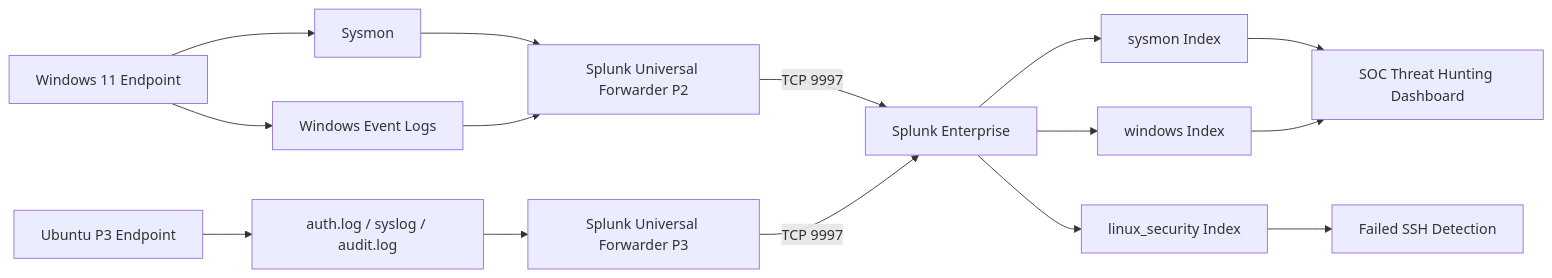
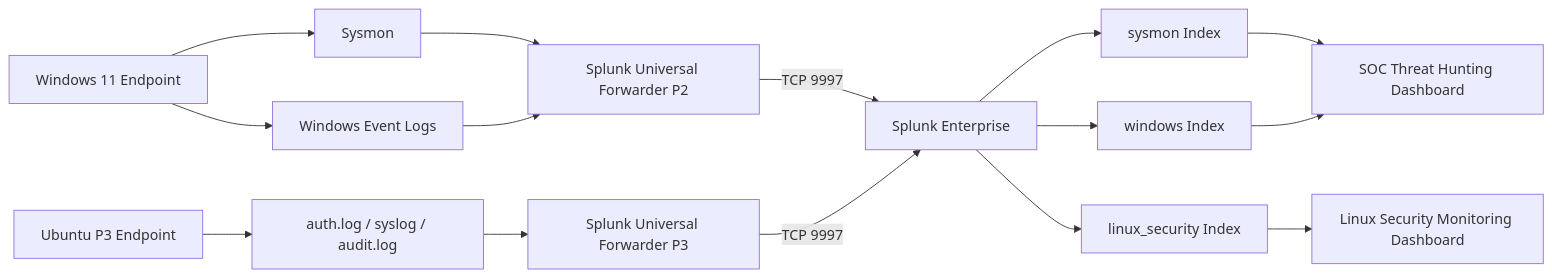
One commit to NATTOMR/splunk-soc-threat-hunting-lab changed the diagram in README.md. Above: the diagram before and after it, drawn with Mermaid. The commit also changed other lines of this file and 17 other files, not shown here.

Commit message:
docs(p3): complete Linux security monitoring documentation, architecture, inputs, and organized screenshots

````diff
--- a/README.md
+++ b/README.md
@@ -34,17 +34,17 @@
 ```mermaid
 flowchart LR
     A[Windows 11 Endpoint] --> B[Sysmon]
     A --> C[Windows Event Logs]
     B --> D[Splunk Universal Forwarder P2]
     C --> D
     D -->|TCP 9997| E[Splunk Enterprise]
     E --> F[windows Index]
     E --> G[sysmon Index]
     G --> H[SOC Threat Hunting Dashboard]
     F --> H
     P3[Ubuntu P3 Endpoint] --> L[auth.log / syslog / audit.log]
     L --> UF2[Splunk Universal Forwarder P3]
     UF2 -->|TCP 9997| E
     E --> I[linux_security Index]
-    I --> J[Failed SSH Detection]
+    I --> J[Linux Security Monitoring Dashboard]
 ```
````
